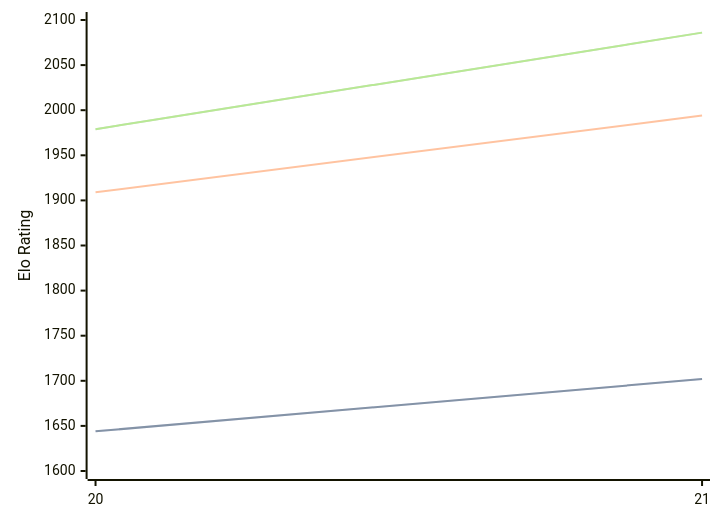
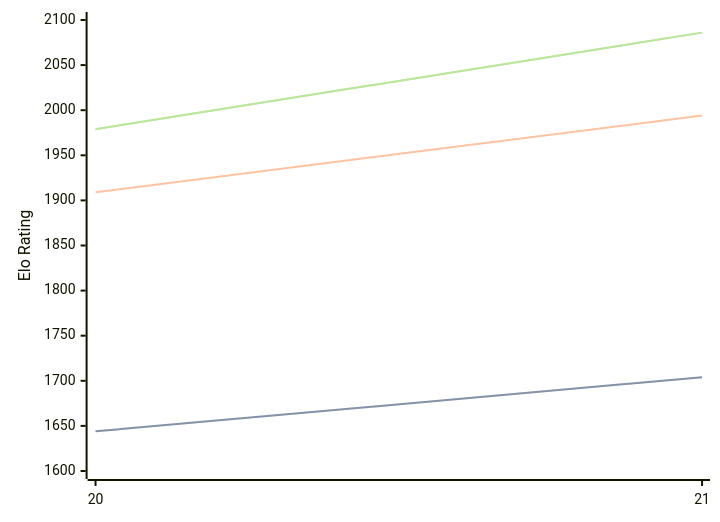
Before and after one commit to computer-chess-index/cci: the diagram in engines/PurplePanda.md, drawn with Mermaid. The commit also changed other lines of this file, not shown here.

````diff
--- a/engines/PurplePanda.md
+++ b/engines/PurplePanda.md
@@ -32,11 +32,11 @@
 ```mermaid
 %%{init: {"theme":"base","themeVariables":{"seriesColors:['#a3a3a3','#222221','#faa371']}}}%%
 xychart-beta
   x-axis ["20", "21"]
   y-axis "Elo Rating" 1600 --> 2100
-  line "STC (8.0+0.08s)" [1644, 1702]
-  line "STC (8.0+0.08s)" [1644, 1702]
+  line "STC (8.0+0.08s)" [1644, 1704]
+  line "STC (8.0+0.08s)" [1644, 1704]
   line "LTC (60.0+0.60s)" [1909, 1994]
   line "VLTC (2m24s+1.12s)" [1979, 2086]
   line "VLTC (2m24s+1.12s)" [1979, 2086]
 ```
````
